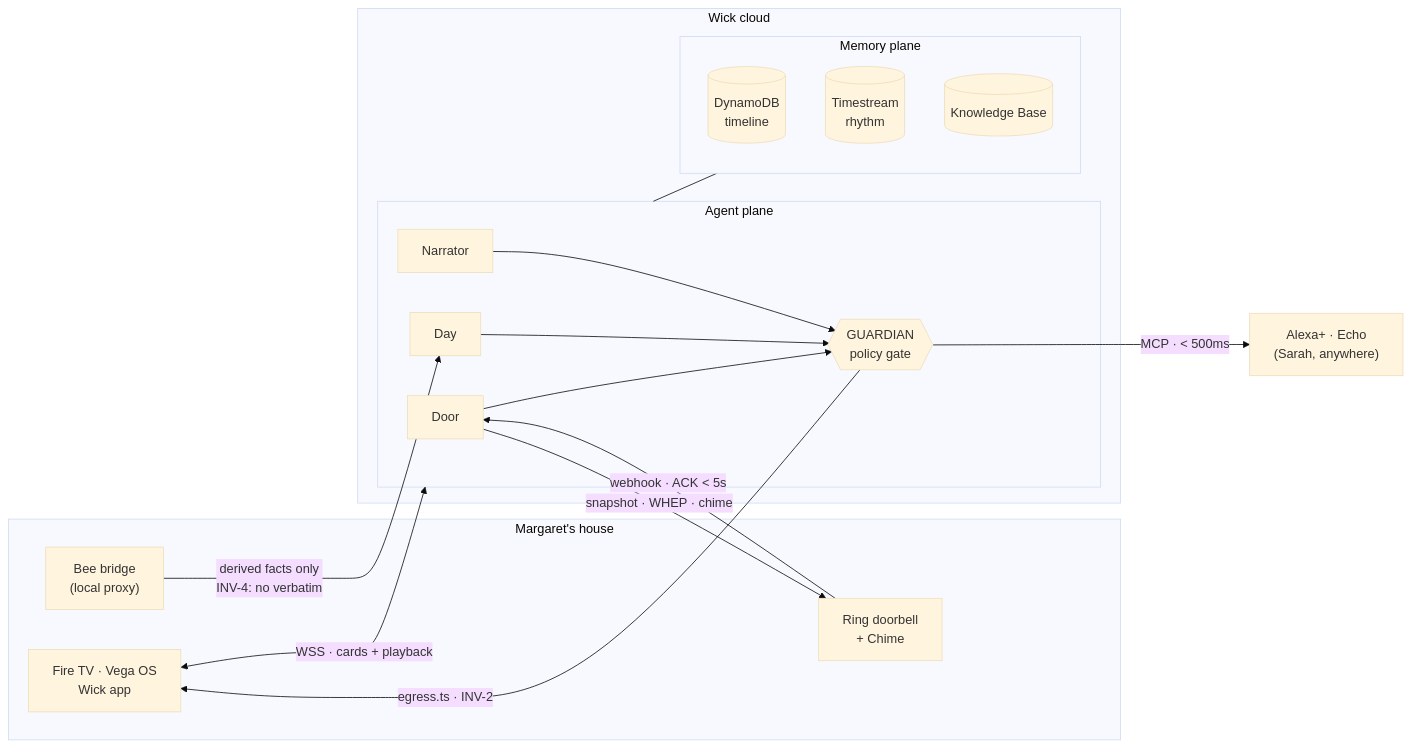
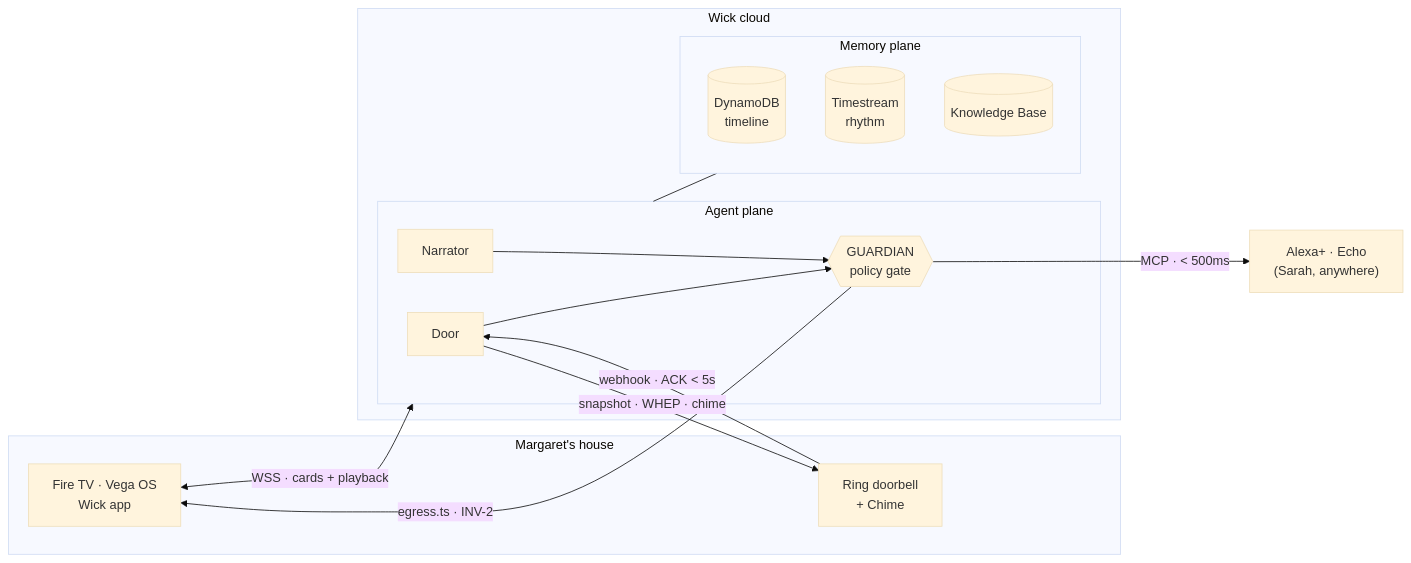
One commit to rogerjeasy/wick changed the diagram in docs/architecture/context.mmd. Above: the diagram before and after it, drawn with Mermaid (base theme). The commit also changed 45 other files, not shown here.

First line of the commit message:
chore: remove Bee and the Day pillar — Wick has no wearable data source

```diff
--- a/docs/architecture/context.mmd
+++ b/docs/architecture/context.mmd
@@ -1,35 +1,31 @@
 flowchart LR
   subgraph HOME["Margaret's house"]
     TV["Fire TV · Vega OS<br/>Wick app"]
     RING["Ring doorbell<br/>+ Chime"]
-    BEE["Bee bridge<br/>(local proxy)"]
   end
 
   subgraph CLOUD["Wick cloud"]
     subgraph AGENT["Agent plane"]
       DOOR["Door"]
-      DAY["Day"]
       NARR["Narrator"]
       GUARD{{"GUARDIAN<br/>policy gate"}}
     end
     subgraph MEM["Memory plane"]
       DDB[("DynamoDB<br/>timeline")]
       TS[("Timestream<br/>rhythm")]
       KB[("Knowledge Base")]
     end
   end
 
   ECHO["Alexa+ · Echo<br/>(Sarah, anywhere)"]
 
   TV <-->|"WSS · cards + playback"| AGENT
   RING -->|"webhook · ACK < 5s"| DOOR
   DOOR -->|"snapshot · WHEP · chime"| RING
-  BEE -->|"derived facts only<br/>INV-4: no verbatim"| DAY
 
   DOOR --> GUARD
-  DAY --> GUARD
   NARR --> GUARD
   GUARD -->|"egress.ts · INV-2"| TV
   GUARD -->|"MCP · < 500ms"| ECHO
 
   AGENT --- MEM
```
